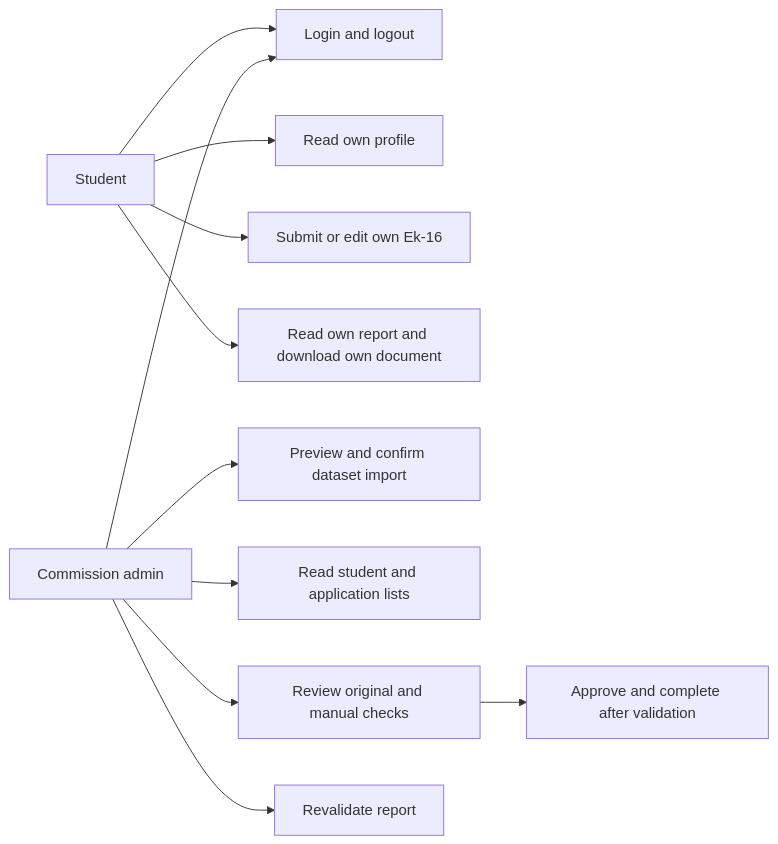
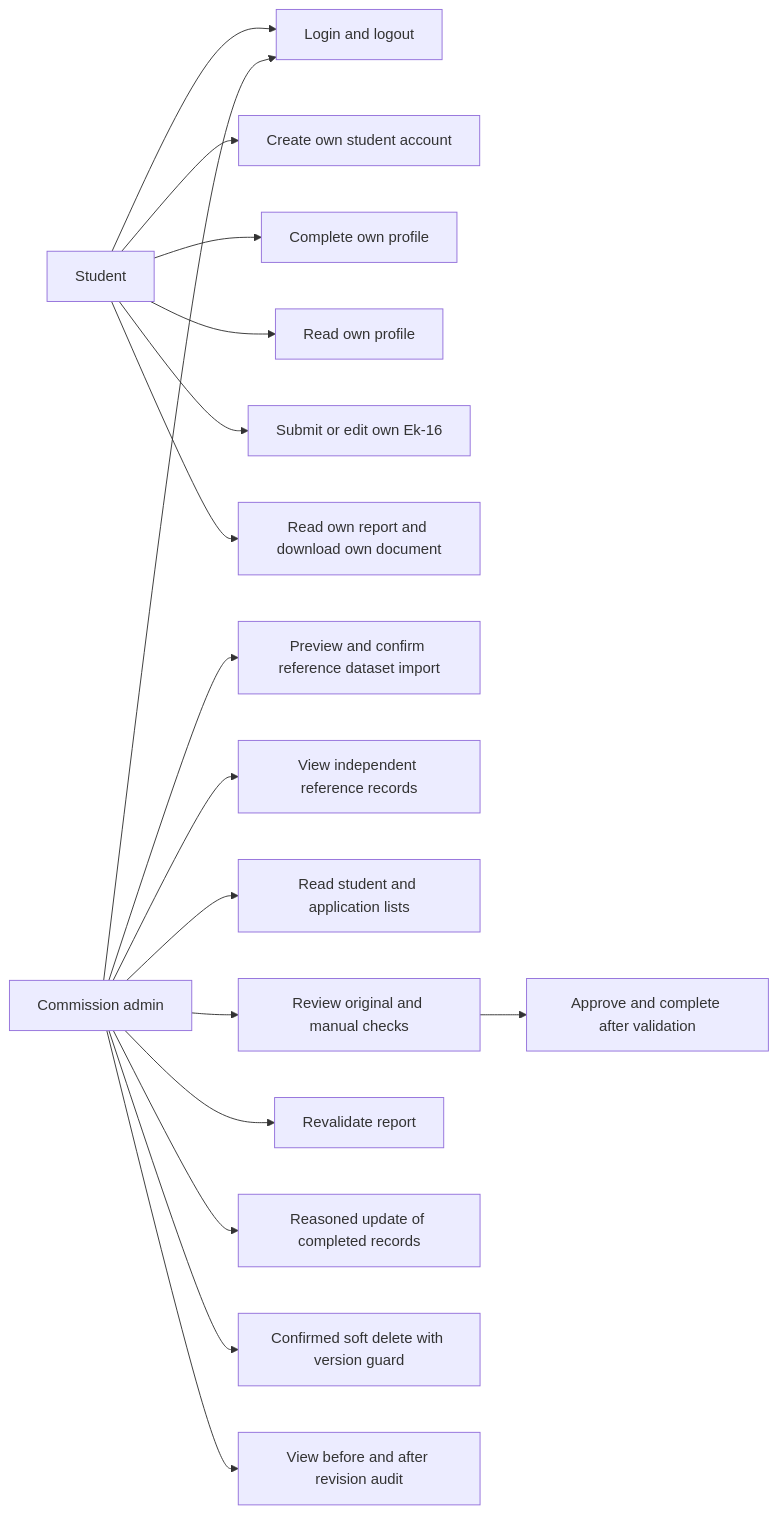
The diagram in docs/diagrams/use-cases.mmd (Kocaeli-Universitesi-Ders-Projeleri/programming-lab-III), drawn with Mermaid before and after one commit. The commit also changed 126 other files, not shown here.

```diff
--- a/docs/diagrams/use-cases.mmd
+++ b/docs/diagrams/use-cases.mmd
@@ -1,11 +1,17 @@
 flowchart LR
   Student[Student] --> Login[Login and logout]
+  Student --> Registration[Create own student account]
+  Student --> EditProfile[Complete own profile]
   Admin[Commission admin] --> Login
   Student --> Profile[Read own profile]
   Student --> Upload[Submit or edit own Ek-16]
   Student --> Report[Read own report and download own document]
-  Admin --> Import[Preview and confirm dataset import]
+  Admin --> Import[Preview and confirm reference dataset import]
+  Admin --> References[View independent reference records]
   Admin --> Lists[Read student and application lists]
   Admin --> Review[Review original and manual checks]
   Review --> Approval[Approve and complete after validation]
   Admin --> Recheck[Revalidate report]
+  Admin --> Correct[Reasoned update of completed records]
+  Admin --> Delete[Confirmed soft delete with version guard]
+  Admin --> History[View before and after revision audit]
```
